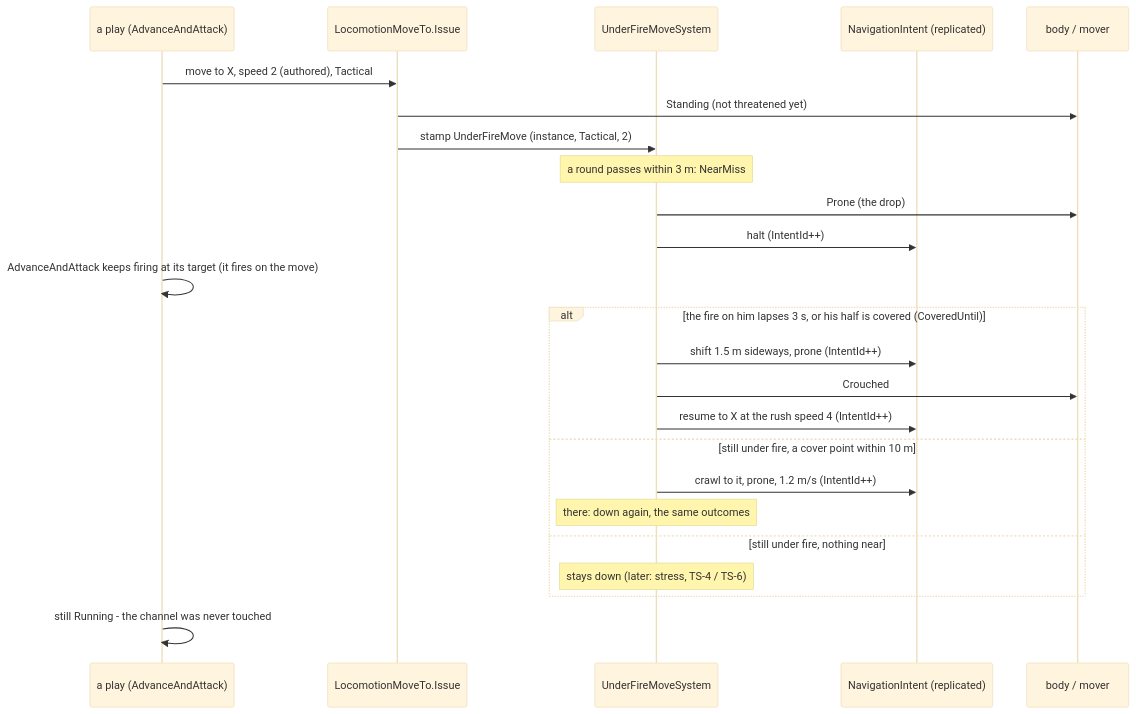
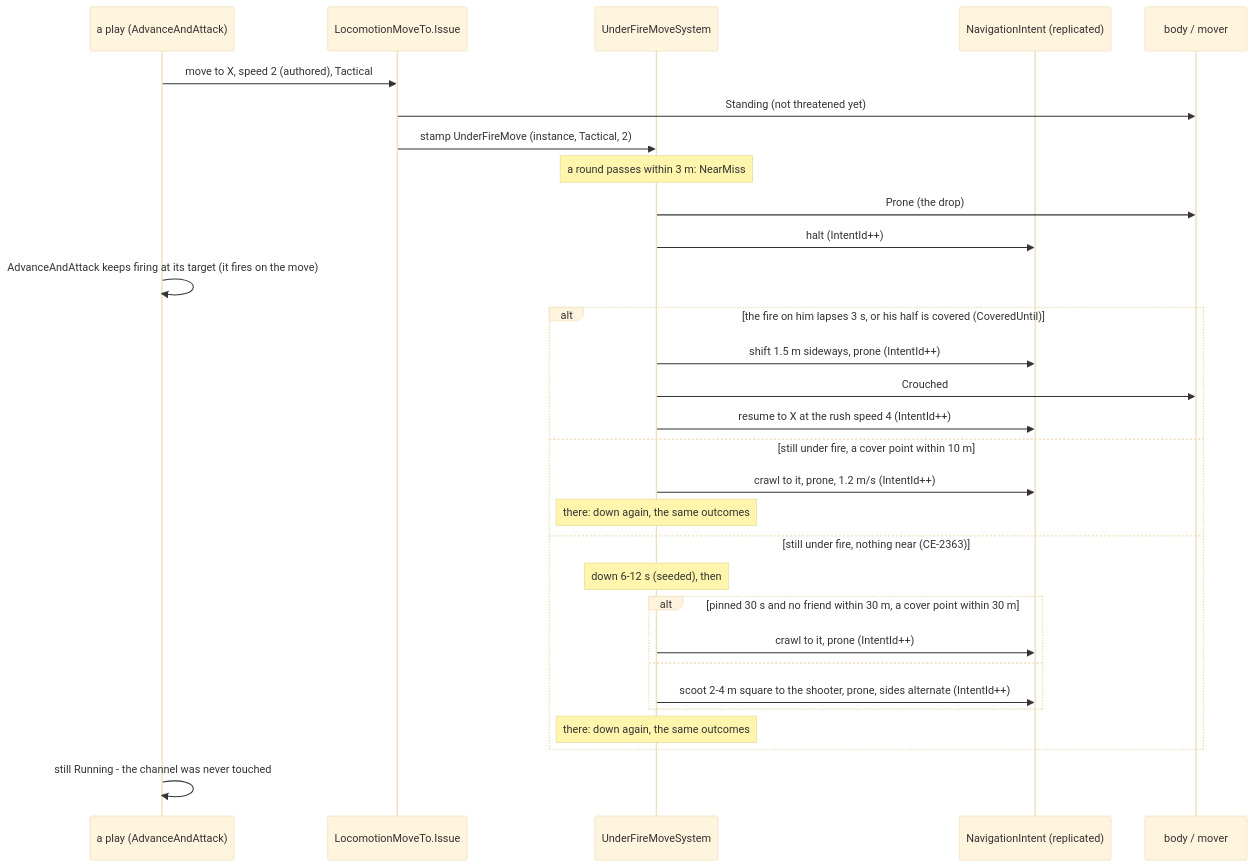
One commit to pjanec/HROT changed the second of 3 diagrams in docs/blueprints/Architect_Question_96_Movement_Under_Fire.md. Above: the diagram before and after it, drawn with Mermaid (base theme). The commit also changed other lines of this file and 6 other files, not shown here.

````diff
--- a/docs/blueprints/Architect_Question_96_Movement_Under_Fire.md
+++ b/docs/blueprints/Architect_Question_96_Movement_Under_Fire.md
@@ -105,26 +108,32 @@
 ```mermaid
 sequenceDiagram
   participant P as a play (AdvanceAndAttack)
   participant M as LocomotionMoveTo.Issue
   participant S as UnderFireMoveSystem
   participant N as NavigationIntent (replicated)
   participant B as body / mover
   P->>M: move to X, speed 2 (authored), Tactical
   M->>B: Standing (not threatened yet)
   M->>S: stamp UnderFireMove (instance, Tactical, 2)
   Note over S: a round passes within 3 m: NearMiss
   S->>B: Prone (the drop)
   S->>N: halt (IntentId++)
   P->>P: AdvanceAndAttack keeps firing at its target (it fires on the move)
   alt the fire on him lapses 3 s, or his half is covered (CoveredUntil)
     S->>N: shift 1.5 m sideways, prone (IntentId++)
     S->>B: Crouched
     S->>N: resume to X at the rush speed 4 (IntentId++)
   else still under fire, a cover point within 10 m
     S->>N: crawl to it, prone, 1.2 m/s (IntentId++)
     Note over S: there: down again, the same outcomes
-  else still under fire, nothing near
-    Note over S: stays down (later: stress, TS-4 / TS-6)
+  else still under fire, nothing near (CE-2363)
+    Note over S: down 6-12 s (seeded), then
+    alt pinned 30 s and no friend within 30 m, a cover point within 30 m
+      S->>N: crawl to it, prone (IntentId++)
+    else
+      S->>N: scoot 2-4 m square to the shooter, prone, sides alternate (IntentId++)
+    end
+    Note over S: there: down again, the same outcomes
   end
   P->>P: still Running - the channel was never touched
 ```
````
